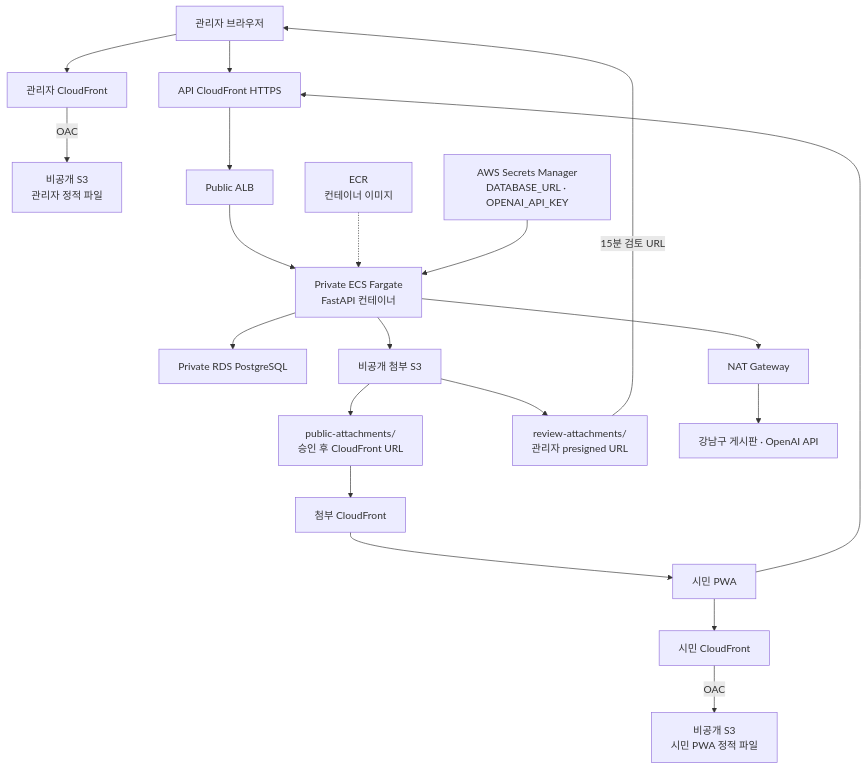
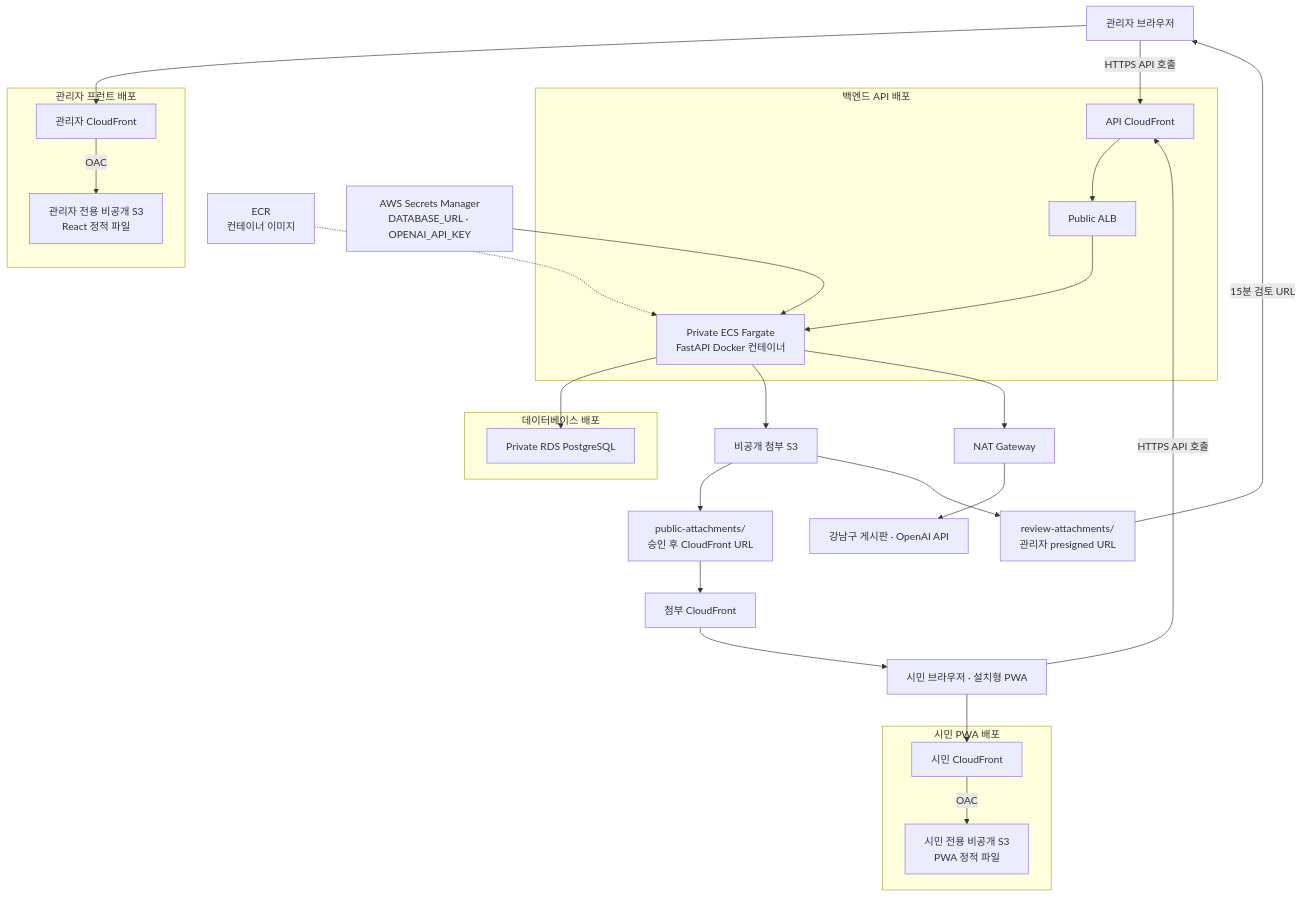
The second of 3 diagrams in README.md (dlfjsld1/gangnam-change-agent), drawn with Mermaid before and after one commit. The commit also changed other lines of this file, not shown here.

Commit message:
Docs: AWS 분리 배포 구조 명확화

````diff
--- a/README.md
+++ b/README.md
@@ -81,25 +83,39 @@
 ```mermaid
 flowchart TB
-    ADMIN["관리자 브라우저"] --> ADMIN_CF["관리자 CloudFront"]
-    CITIZEN["시민 PWA"] --> PWA_CF["시민 CloudFront"]
-    ADMIN_CF -->|"OAC"| ADMIN_S3["비공개 S3<br/>관리자 정적 파일"]
-    PWA_CF -->|"OAC"| PWA_S3["비공개 S3<br/>시민 PWA 정적 파일"]
+    ADMIN_USER["관리자 브라우저"] --> ADMIN_CF
+    CITIZEN_USER["시민 브라우저 · 설치형 PWA"] --> CITIZEN_CF
 
-    ADMIN --> API_CF["API CloudFront HTTPS"]
-    CITIZEN --> API_CF
-    API_CF --> ALB["Public ALB"]
-    ALB --> ECS["Private ECS Fargate<br/>FastAPI 컨테이너"]
+    subgraph ADMIN_FRONTEND["관리자 프런트 배포"]
+        ADMIN_CF["관리자 CloudFront"] -->|"OAC"| ADMIN_S3["관리자 전용 비공개 S3<br/>React 정적 파일"]
+    end
+
+    subgraph CITIZEN_FRONTEND["시민 PWA 배포"]
+        CITIZEN_CF["시민 CloudFront"] -->|"OAC"| CITIZEN_S3["시민 전용 비공개 S3<br/>PWA 정적 파일"]
+    end
+
+    ADMIN_USER -->|"HTTPS API 호출"| API_CF
+    CITIZEN_USER -->|"HTTPS API 호출"| API_CF
+
+    subgraph BACKEND["백엔드 API 배포"]
+        API_CF["API CloudFront"] --> ALB["Public ALB"]
+        ALB --> ECS["Private ECS Fargate<br/>FastAPI Docker 컨테이너"]
+    end
 
     ECR["ECR<br/>컨테이너 이미지"] -.-> ECS
     SECRETS["AWS Secrets Manager<br/>DATABASE_URL · OPENAI_API_KEY"] --> ECS
-    ECS --> RDS["Private RDS PostgreSQL"]
+
+    subgraph DATABASE["데이터베이스 배포"]
+        RDS["Private RDS PostgreSQL"]
+    end
+
+    ECS --> RDS
     ECS --> ATTACHMENTS["비공개 첨부 S3"]
     ATTACHMENTS --> PUBLIC_FILES["public-attachments/<br/>승인 후 CloudFront URL"]
     ATTACHMENTS --> REVIEW_FILES["review-attachments/<br/>관리자 presigned URL"]
     PUBLIC_FILES --> FILES_CF["첨부 CloudFront"]
-    FILES_CF --> CITIZEN
-    REVIEW_FILES -->|"15분 검토 URL"| ADMIN
+    FILES_CF --> CITIZEN_USER
+    REVIEW_FILES -->|"15분 검토 URL"| ADMIN_USER
 
     ECS --> NAT["NAT Gateway"]
     NAT --> EXTERNAL["강남구 게시판 · OpenAI API"]
 ```
````
